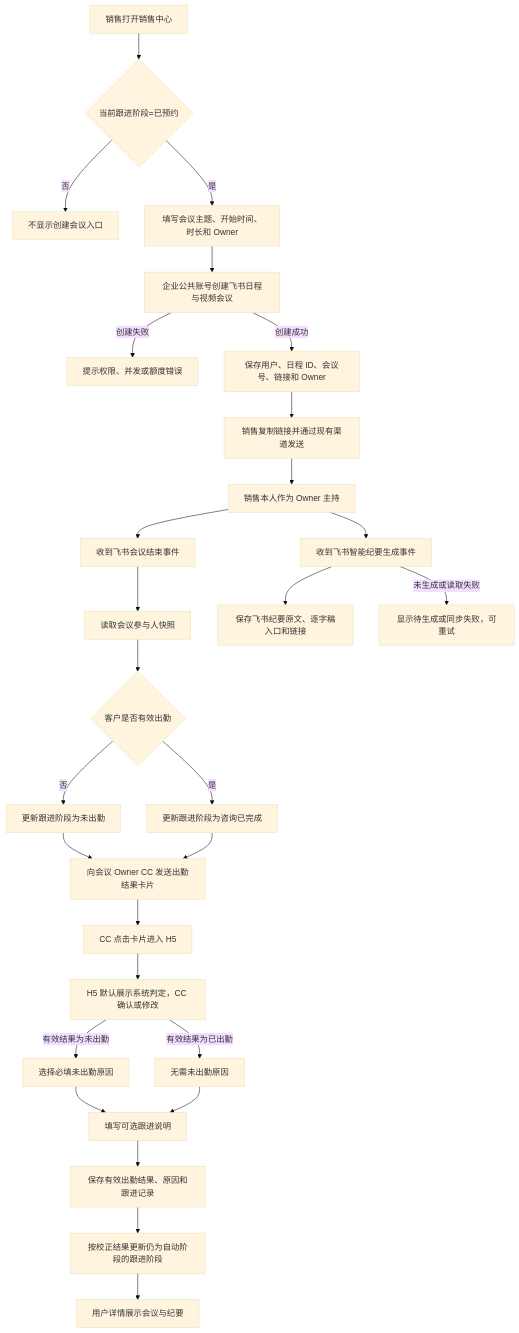
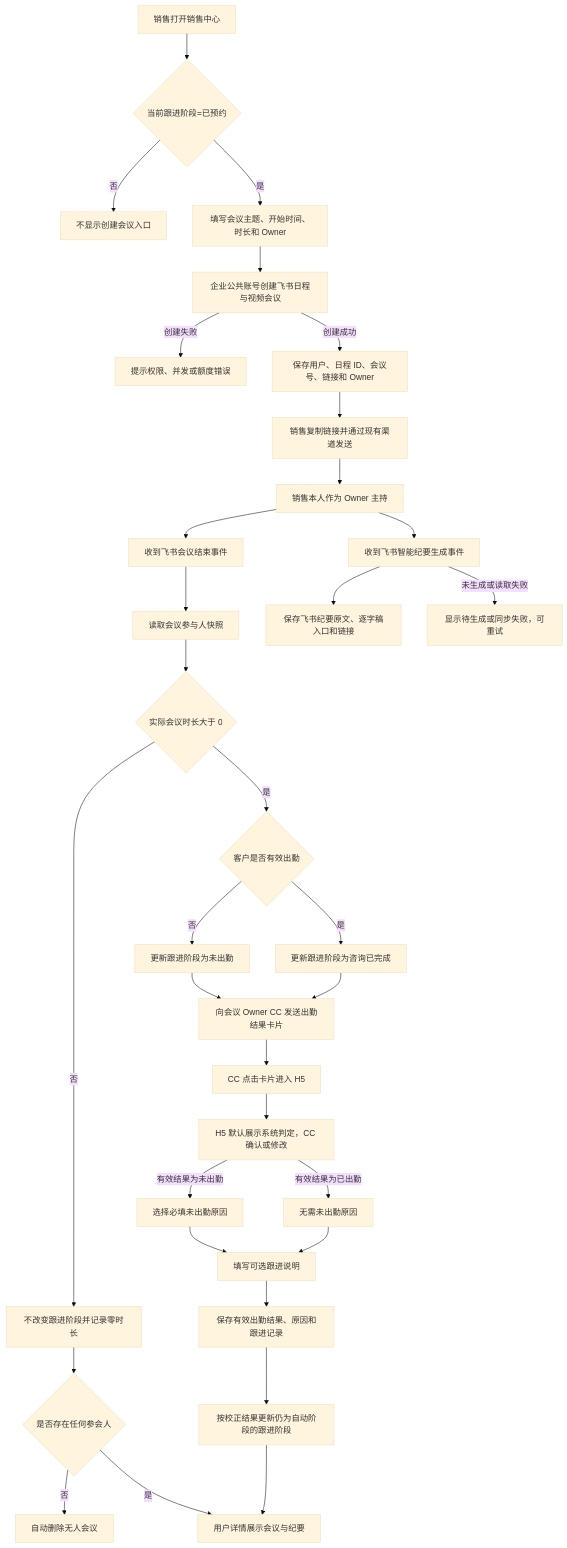
Before and after one commit to h3-ai-lab/hhhprd: the diagram in projects/crm-consultation-meeting/prd/PRD.md, drawn with Mermaid (base theme). The commit also changed other lines of this file and 16 other files, not shown here.

````diff
--- a/projects/crm-consultation-meeting/prd/PRD.md
+++ b/projects/crm-consultation-meeting/prd/PRD.md
@@ -58,30 +68,35 @@
 ```mermaid
 flowchart TD
     A[销售打开销售中心] --> B{当前跟进阶段=已预约}
     B -->|否| B1[不显示创建会议入口]
     B -->|是| C[填写会议主题、开始时间、时长和 Owner]
     C --> D[企业公共账号创建飞书日程与视频会议]
     D -->|创建失败| D1[提示权限、并发或额度错误]
     D -->|创建成功| E[保存用户、日程 ID、会议号、链接和 Owner]
     E --> F[销售复制链接并通过现有渠道发送]
     F --> G[销售本人作为 Owner 主持]
     G --> H[收到飞书会议结束事件]
     H --> I[读取会议参与人快照]
-    I --> J{客户是否有效出勤}
+    I --> I0{实际会议时长大于 0}
+    I0 -->|否| I1[不改变跟进阶段并记录零时长]
+    I1 --> I2{是否存在任何参会人}
+    I2 -->|否| I3[自动删除无人会议]
+    I2 -->|是| O
+    I0 -->|是| J{客户是否有效出勤}
     J -->|否| J1[更新跟进阶段为未出勤]
     J -->|是| J2[更新跟进阶段为咨询已完成]
     J1 --> P[向会议 Owner CC 发送出勤结果卡片]
     J2 --> P
     P --> Q[CC 点击卡片进入 H5]
     Q --> R[H5 默认展示系统判定，CC 确认或修改]
     R -->|有效结果为未出勤| R1[选择必填未出勤原因]
     R -->|有效结果为已出勤| R2[无需未出勤原因]
     R1 --> S[填写可选跟进说明]
     R2 --> S
     S --> T[保存有效出勤结果、原因和跟进记录]
     T --> U[按校正结果更新仍为自动阶段的跟进阶段]
     G --> M[收到飞书智能纪要生成事件]
     M --> N[保存飞书纪要原文、逐字稿入口和链接]
     M -->|未生成或读取失败| N1[显示待生成或同步失败，可重试]
     U --> O[用户详情展示会议与纪要]
 ```
````
